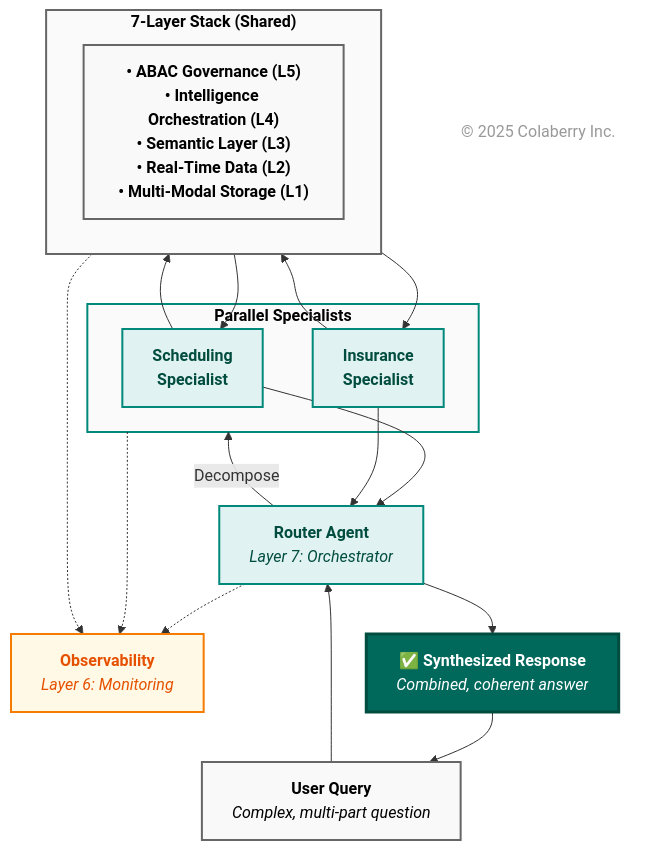
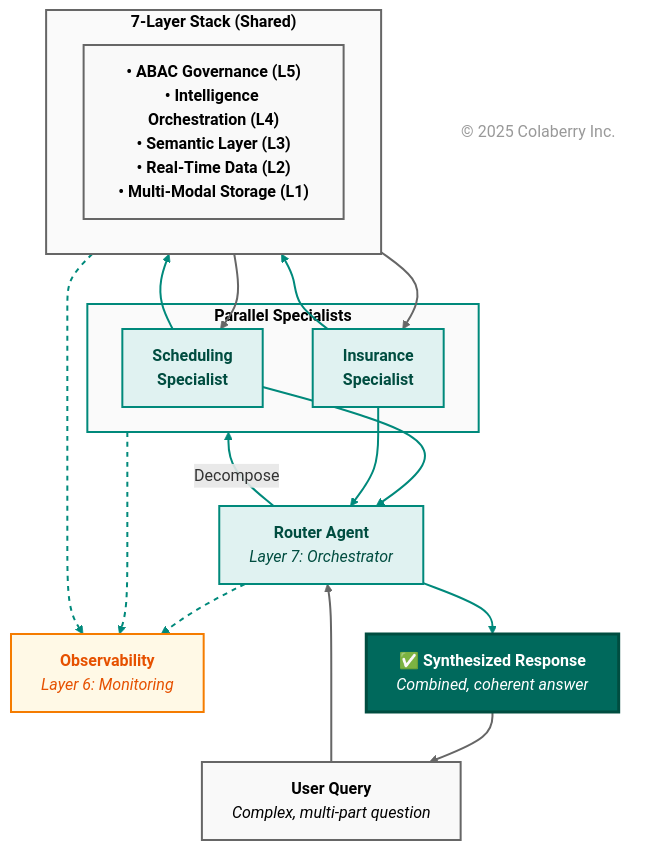
One commit to colaberry/enterprise-data-readiness-ai-agents changed diagram 14 of 16 in chapter-01/chapter_1_complete.md. Above: the diagram before and after it, drawn with Mermaid. The commit also changed other lines of this file, not shown here.

````diff
--- a/chapter-01/chapter_1_complete.md
+++ b/chapter-01/chapter_1_complete.md
@@ -2226,53 +2353,67 @@
 ```mermaid
-
 graph TB
     U["`**User Query**<br/><i>Complex, multi-part question</i>`"]
     
     R["`**Router Agent**<br/><i>Layer 7: Orchestrator</i>`"]
     
     subgraph parallel["`**Parallel Specialists**`"]
         S1["`**Scheduling<br/>Specialist**`"]
         S2["`**Insurance<br/>Specialist**`"]
     end
     
     subgraph stack["`**7-Layer Stack (Shared)**`"]
         ST["`**• ABAC Governance (L5)**<br/><b>• Intelligence Orchestration (L4)</b><br/><b>• Semantic Layer (L3)</b><br/><b>• Real-Time Data (L2)</b><br/><b>• Multi-Modal Storage (L1)</b>`"]
     end
     
     O["`**Observability**<br/><i>Layer 6: Monitoring</i>`"]
     
     RESP["`**✅ Synthesized Response**<br/><i>Combined, coherent answer</i>`"]
     
     U --> R
     R -->|Decompose| parallel
     S1 --> stack
     S2 --> stack
     stack --> S1
     stack --> S2
     S1 --> R
     S2 --> R
     R --> RESP
     RESP --> U
     
     R -.-> O
     parallel -.-> O
     stack -.-> O
     
+    %% Link styling
+    linkStyle 0 stroke:#666666,stroke-width:2px
+    linkStyle 1 stroke:#00897b,stroke-width:2px
+    linkStyle 2 stroke:#00897b,stroke-width:2px
+    linkStyle 3 stroke:#00897b,stroke-width:2px
+    linkStyle 4 stroke:#666666,stroke-width:2px
+    linkStyle 5 stroke:#666666,stroke-width:2px
+    linkStyle 6 stroke:#00897b,stroke-width:2px
+    linkStyle 7 stroke:#00897b,stroke-width:2px
+    linkStyle 8 stroke:#00897b,stroke-width:2px
+    linkStyle 9 stroke:#666666,stroke-width:2px
+    linkStyle 10 stroke:#00897b,stroke-width:2px,stroke-dasharray:5
+    linkStyle 11 stroke:#00897b,stroke-width:2px,stroke-dasharray:5
+    linkStyle 12 stroke:#00897b,stroke-width:2px,stroke-dasharray:5
+    
     style U fill:#f9f9f9,stroke:#666666,stroke-width:2px,color:#000000
     style R fill:#e0f2f1,stroke:#00897b,stroke-width:2px,color:#004d40
     
     style parallel fill:#fafafa,stroke:#00897b,stroke-width:2px,color:#000000
     style S1 fill:#e0f2f1,stroke:#00897b,stroke-width:2px,color:#004d40
     style S2 fill:#e0f2f1,stroke:#00897b,stroke-width:2px,color:#004d40
     
     style stack fill:#fafafa,stroke:#666666,stroke-width:2px,color:#000000
     style ST fill:#f9f9f9,stroke:#666666,stroke-width:2px,color:#000000
     
     style O fill:#fff9e6,stroke:#f57c00,stroke-width:2px,color:#e65100
     style RESP fill:#00695c,color:#ffffff,stroke:#004d40,stroke-width:3px
 
     %% Copyright Notice
     CR["© 2025 Colaberry Inc."]
     style CR fill:none,stroke:none,color:#999999
 
 ```
````
